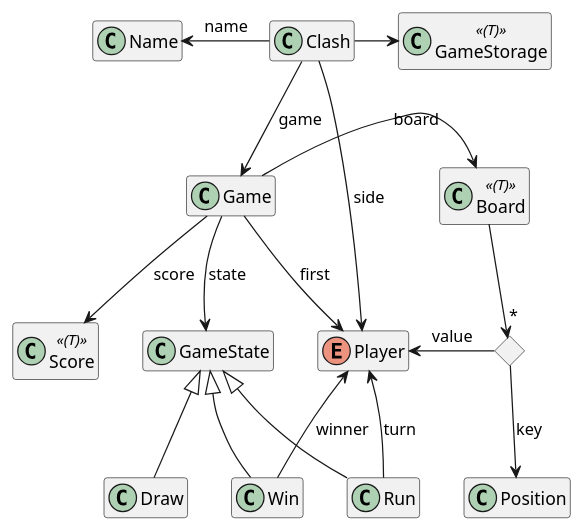
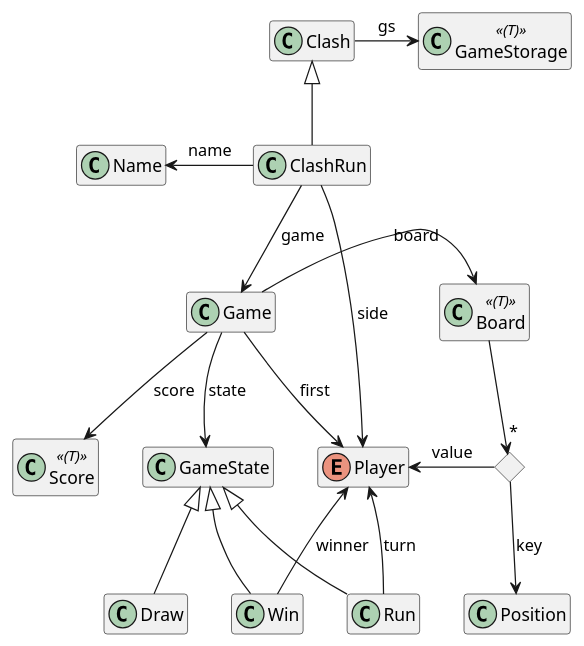
Before and after one commit to isel-leic-tds/2526i.33d: the diagram in Galo/src/ModelTypes.puml, drawn with PlantUML. The commit also changed 3 other files, not shown here.

```diff
--- a/Galo/src/ModelTypes.puml
+++ b/Galo/src/ModelTypes.puml
@@ -1,38 +1,38 @@
 @startuml
 'https://plantuml.com/class-diagram
 
 hide empty members
 
 enum Player
 class Game
 class Board <<(T)>>
 class Position
 
 Game -> Board : board
 Game --> Player : first
 <> MapEntry
 Board --> "*" MapEntry
 MapEntry --> Position : key
 Player <- MapEntry : value
 
 Game --> GameState : state
 GameState <|-- Run
 Run -up-> Player : turn
 GameState <|-- Draw
 GameState <|-- Win
 Win -up-> Player : winner
 
 class Score <<(T)>>
 Game --> Score : score
 Score -[hidden] GameState
 
 
 
 
-'Clash <|-- ClashRun
-Clash --> Game : game
-Name <- Clash : name
-Clash -> Player : side
-Clash -> GameStorage
+Clash <|-- ClashRun
+ClashRun --> Game : game
+Name <- ClashRun : name
+ClashRun -> Player : side
+Clash -> GameStorage : gs
 class GameStorage <<(T)>>
 @enduml
```
